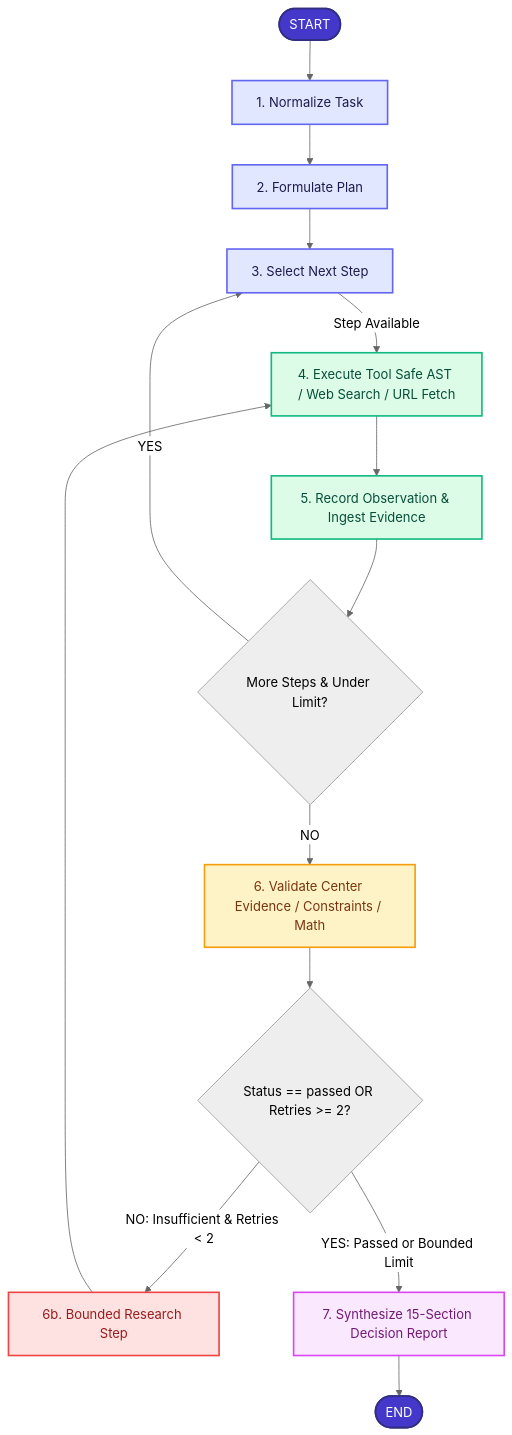
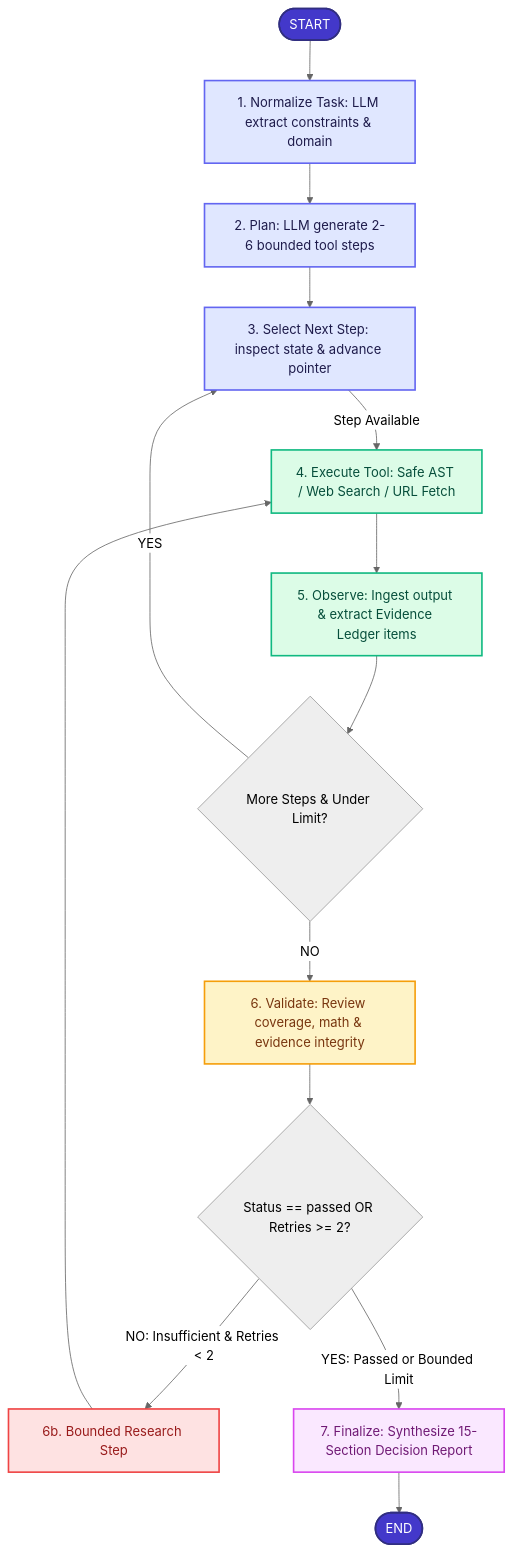
The diagram in README.md (kavita1722-sys/archpilot), drawn with Mermaid (neutral theme) before and after one commit. The commit also changed other lines of this file and 13 other files, not shown here.

````diff
--- a/README.md
+++ b/README.md
@@ -68,31 +66,31 @@
 ```mermaid
 graph TD
-    START([START]) --> normalize[1. Normalize Task]
-    normalize --> plan[2. Formulate Plan]
-    plan --> select[3. Select Next Step]
+    START([START]) --> normalize[1. Normalize Task: LLM extract constraints & domain]
+    normalize --> plan[2. Plan: LLM generate 2-6 bounded tool steps]
+    plan --> select[3. Select Next Step: inspect state & advance pointer]
     
-    select -->|Step Available| tool[4. Execute Tool Safe AST / Web Search / URL Fetch]
-    tool --> observe[5. Record Observation & Ingest Evidence]
+    select -->|Step Available| tool[4. Execute Tool: Safe AST / Web Search / URL Fetch]
+    tool --> observe[5. Observe: Ingest output & extract Evidence Ledger items]
     
     observe --> check{More Steps & Under Limit?}
     check -->|YES| select
-    check -->|NO| validate[6. Validate Center Evidence / Constraints / Math]
+    check -->|NO| validate[6. Validate: Review coverage, math & evidence integrity]
     
     validate --> vcheck{Status == passed OR Retries >= 2?}
     vcheck -->|NO: Insufficient & Retries < 2| research[6b. Bounded Research Step]
     research --> tool
-    vcheck -->|YES: Passed or Bounded Limit| finalize[7. Synthesize 15-Section Decision Report]
+    vcheck -->|YES: Passed or Bounded Limit| finalize[7. Finalize: Synthesize 15-Section Decision Report]
     
     finalize --> END([END])
 
     style START fill:#4338ca,stroke:#312e81,stroke-width:2px,color:#fff
     style normalize fill:#e0e7ff,stroke:#6366f1,stroke-width:2px,color:#1e1b4b
     style plan fill:#e0e7ff,stroke:#6366f1,stroke-width:2px,color:#1e1b4b
     style select fill:#e0e7ff,stroke:#6366f1,stroke-width:2px,color:#1e1b4b
     style tool fill:#dcfce7,stroke:#10b981,stroke-width:2px,color:#064e3b
     style observe fill:#dcfce7,stroke:#10b981,stroke-width:2px,color:#064e3b
     style validate fill:#fef3c7,stroke:#f59e0b,stroke-width:2px,color:#78350f
     style research fill:#fee2e2,stroke:#ef4444,stroke-width:2px,color:#991b1b
     style finalize fill:#fae8ff,stroke:#d946ef,stroke-width:2px,color:#701a75
     style END fill:#4338ca,stroke:#312e81,stroke-width:2px,color:#fff
 ```
````
